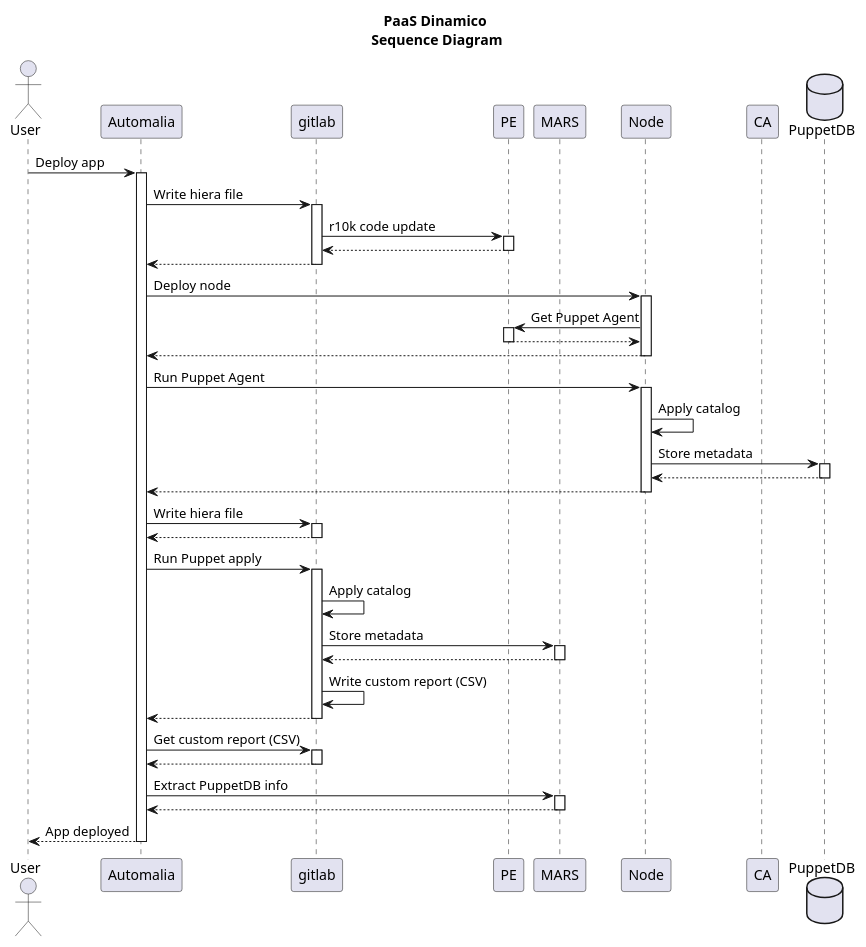
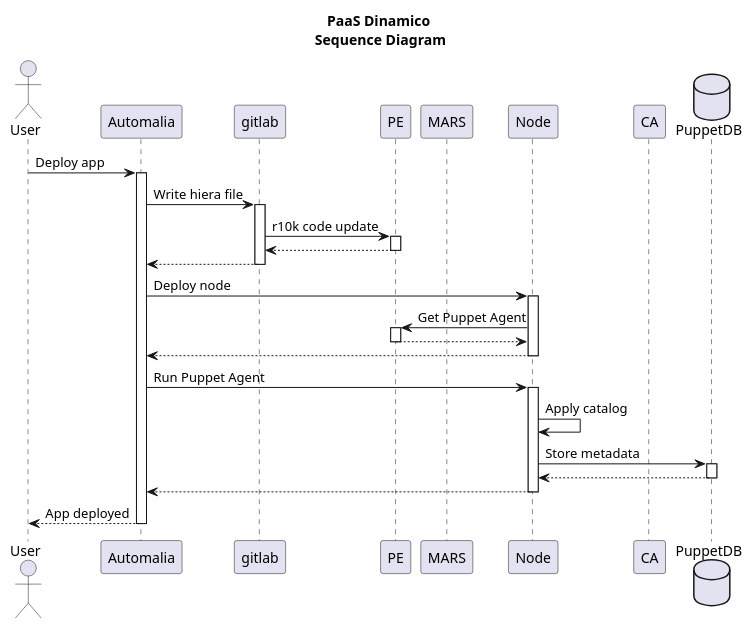
One commit to CIVIR-ES/PE-vagrant changed the diagram in doc/sequence.puml. Above: the diagram before and after it, drawn with PlantUML.

```diff
--- a/doc/sequence.puml
+++ b/doc/sequence.puml
@@ -1,87 +1,59 @@
 @startuml
 
 title PaaS Dinamico\n Sequence Diagram
 
 actor User
 participant "Automalia" as A
 participant "gitlab" as B
 participant "PE" as C
 participant "MARS" as D
 participant "Node" as E
 participant "CA" as F
 database "PuppetDB" as G
 
 
 User -> A: Deploy app
 activate A
 
 A -> B: Write hiera file
 activate B
 
 B -> C: r10k code update
 activate C
 
 C --> B
 deactivate C
 
 B --> A
 deactivate B
 
 A -> E: Deploy node
 activate E
 
 E -> C: Get Puppet Agent
 activate C
 
 C --> E
 deactivate C
 
 E --> A
 deactivate E
 
 A -> E: Run Puppet Agent
 activate E
 
 E -> E: Apply catalog
 
 E -> G: Store metadata
 activate G
 
 G --> E
 deactivate G
 
 E --> A
 deactivate E
 
-A -> B: Write hiera file
-activate B
-
-B --> A
-deactivate B
-
-A -> B: Run Puppet apply
-activate B
-
-B -> B: Apply catalog
-B -> D: Store metadata
-activate D
-D --> B
-deactivate D
-B -> B: Write custom report (CSV)
-B --> A
-deactivate B
-
-A -> B: Get custom report (CSV)
-activate B
-B --> A
-deactivate B
-
-A -> D: Extract PuppetDB info
-activate D
-D --> A
-deactivate D
-
 A --> User: App deployed
 deactivate A
 
 @enduml
```
